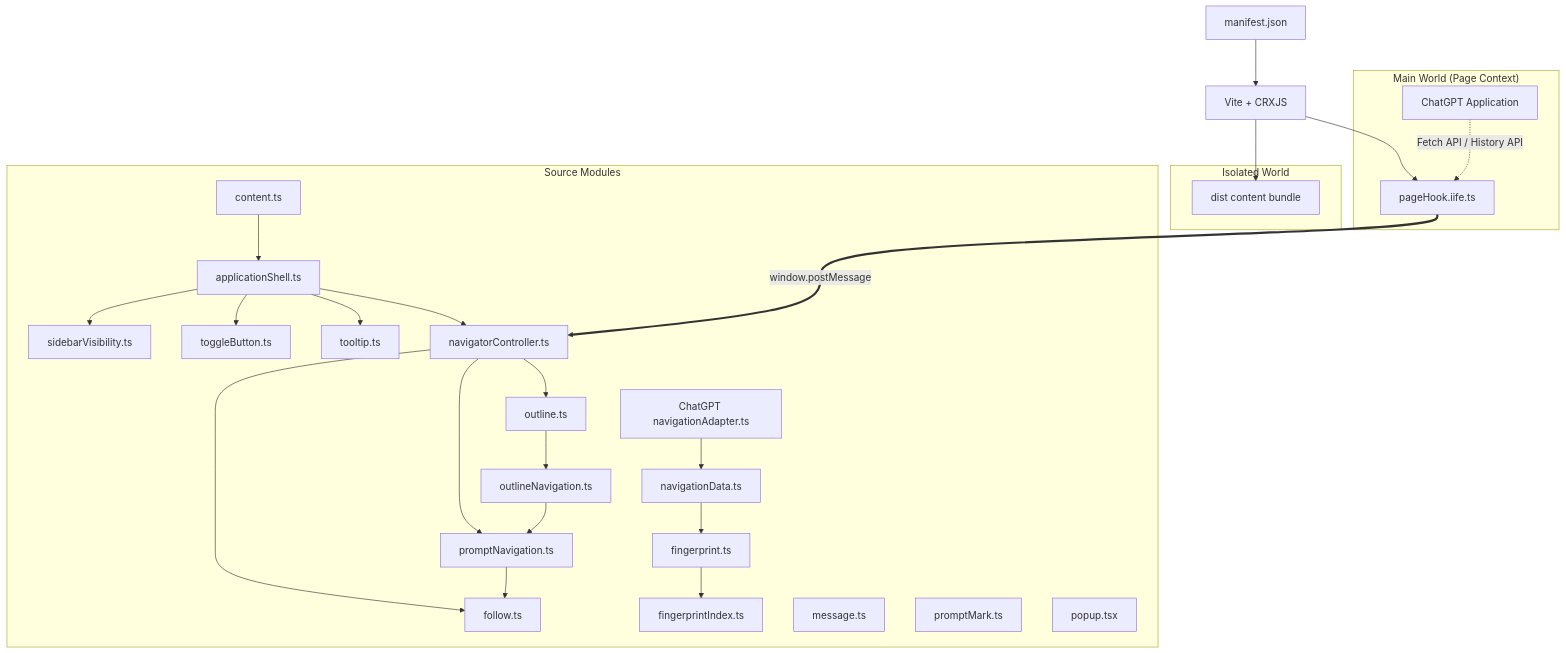
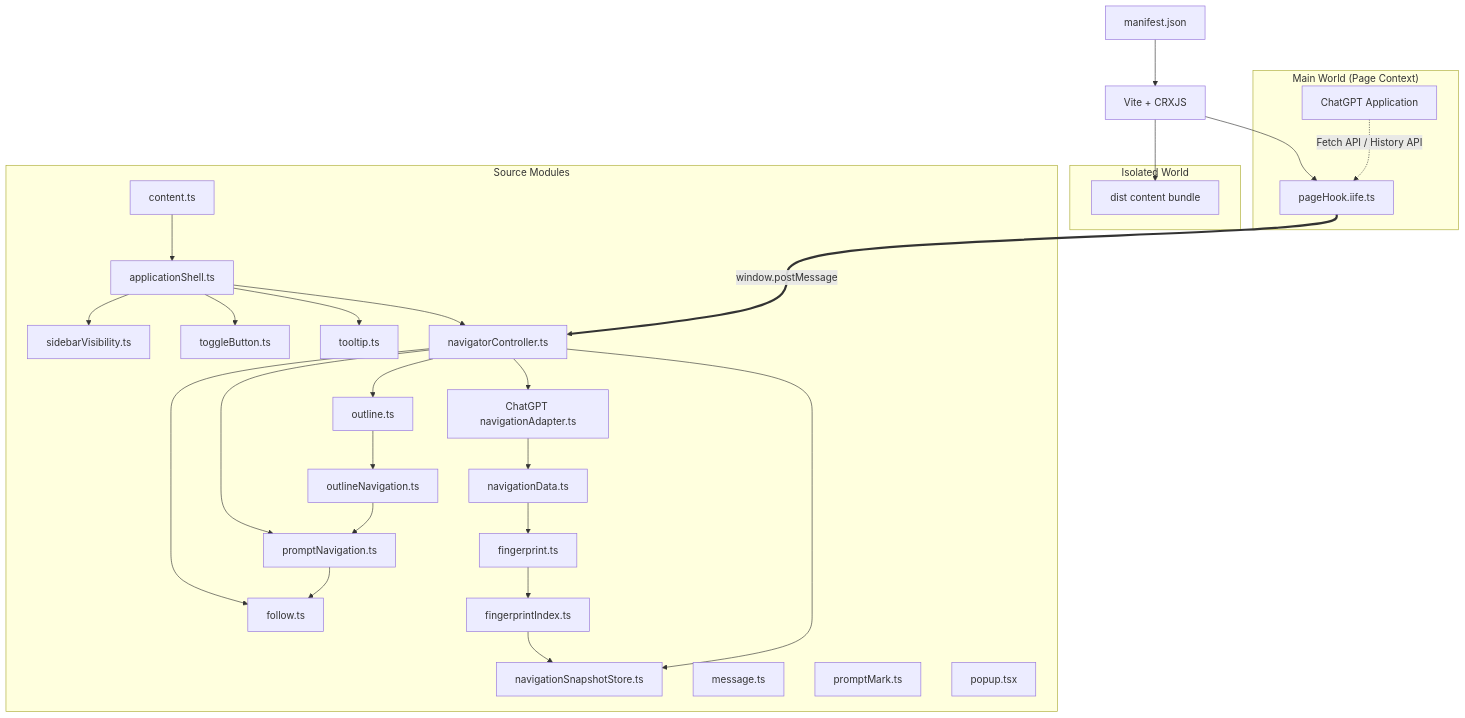
The diagram in docs/ARCHITECTURE.md (Leo7805/luna-toc), drawn with Mermaid before and after one commit. The commit also changed other lines of this file and 8 other files, not shown here.

````diff
--- a/docs/ARCHITECTURE.md
+++ b/docs/ARCHITECTURE.md
@@ -15,54 +15,58 @@
 ```mermaid
 graph TD
     manifest[manifest.json]
     vite[Vite + CRXJS]
 
     subgraph sourceModules["Source Modules"]
         content[content.ts]
         outline[outline.ts]
         outlineNavigation[outlineNavigation.ts]
         follow[follow.ts]
         promptNavigation[promptNavigation.ts]
         navigationData[navigationData.ts]
         fingerprint[fingerprint.ts]
         fingerprintIndex[fingerprintIndex.ts]
+        snapshotStore[navigationSnapshotStore.ts]
         chatGptAdapter[ChatGPT navigationAdapter.ts]
         msg[message.ts]
         mark[promptMark.ts]
         vis[sidebarVisibility.ts]
         btn[toggleButton.ts]
         tip[tooltip.ts]
         navigator[navigatorController.ts]
         shell[applicationShell.ts]
         popup[popup.tsx]
     end
 
     subgraph isolatedWorld["Isolated World"]
         contentBundle[dist content bundle]
     end
 
     subgraph mainWorld["Main World (Page Context)"]
         hook[pageHook.iife.ts]
         chatgpt[ChatGPT Application]
     end
 
     manifest --> vite
     content --> shell
     shell --> navigator
     shell --> vis
     shell --> btn
     shell --> tip
     navigator --> outline
     navigator --> promptNavigation
     chatGptAdapter --> navigationData
     navigationData --> fingerprint
     fingerprint --> fingerprintIndex
+    fingerprintIndex --> snapshotStore
+    navigator --> snapshotStore
+    navigator --> chatGptAdapter
     navigator --> follow
     outline --> outlineNavigation
     outlineNavigation --> promptNavigation
     promptNavigation --> follow
     vite --> contentBundle
     vite --> hook
     hook ===>|window.postMessage| navigator
     chatgpt -.->|Fetch API / History API| hook
 ```
````
